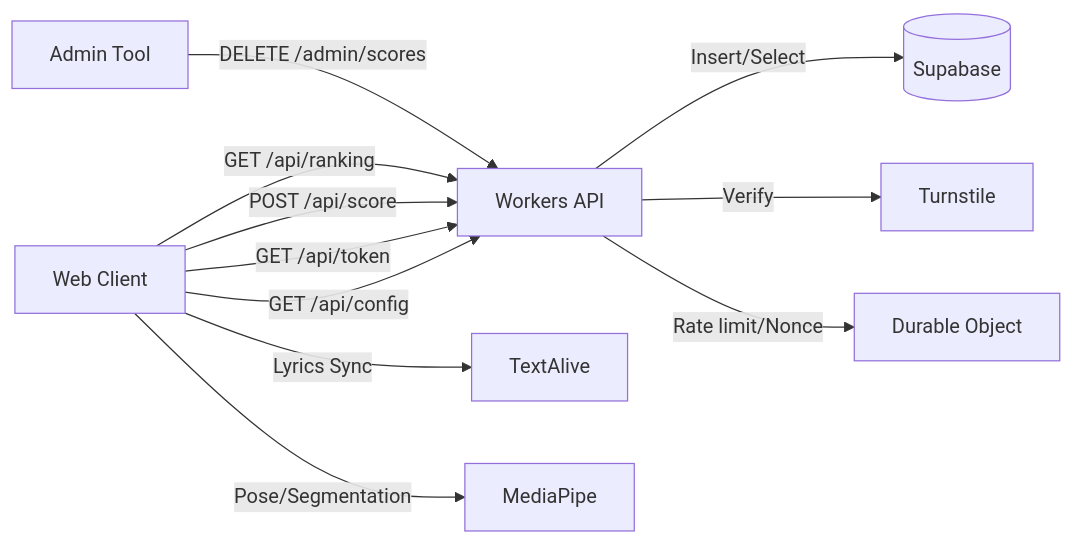
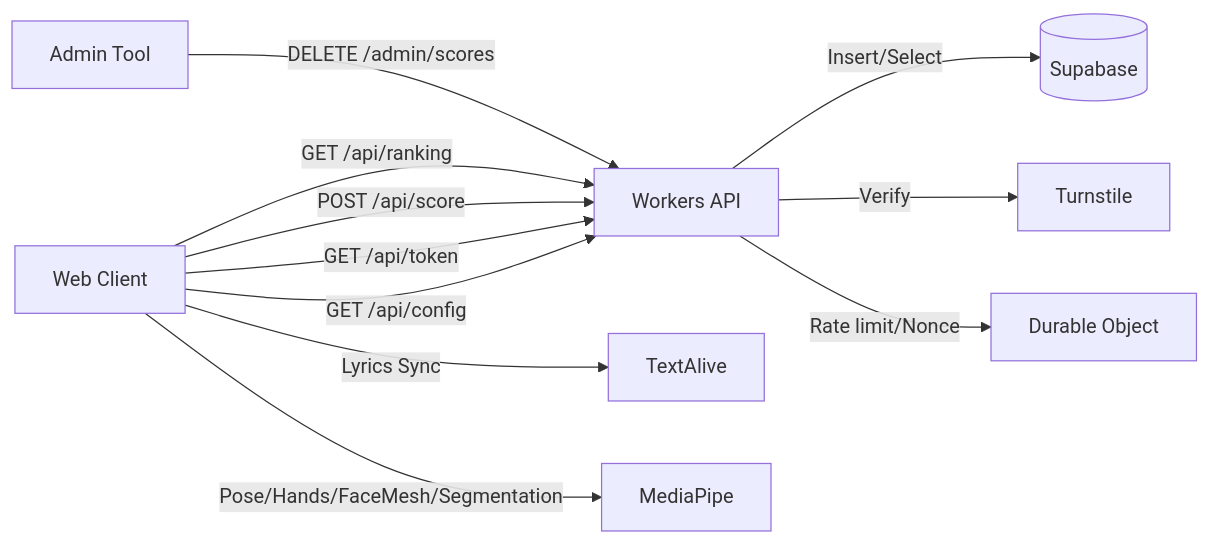
One commit to syusyusyusyu/star changed the fifth of 10 diagrams in 仕様書.md. Above: the diagram before and after it, drawn with Mermaid. The commit also changed other lines of this file, not shown here.

````diff
--- a/仕様書.md
+++ b/仕様書.md
@@ -105,13 +106,13 @@
 ```mermaid
 flowchart LR
   Client[Web Client] -->|GET /api/config| API[Workers API]
   Client -->|GET /api/token| API
   Client -->|POST /api/score| API
   Client -->|GET /api/ranking| API
   Admin[Admin Tool] -->|DELETE /admin/scores| API
   API -->|Insert/Select| DB[(Supabase)]
   API -->|Verify| Turnstile
   API -->|Rate limit/Nonce| DO[Durable Object]
   Client -->|Lyrics Sync| TextAlive
-  Client -->|Pose/Segmentation| MediaPipe
+  Client -->|Pose/Hands/FaceMesh/Segmentation| MediaPipe
 ```
````
